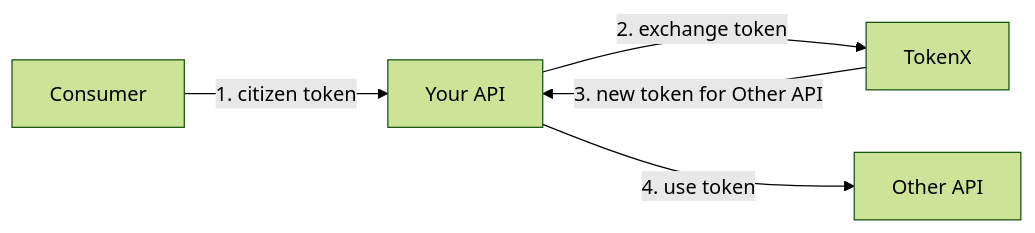
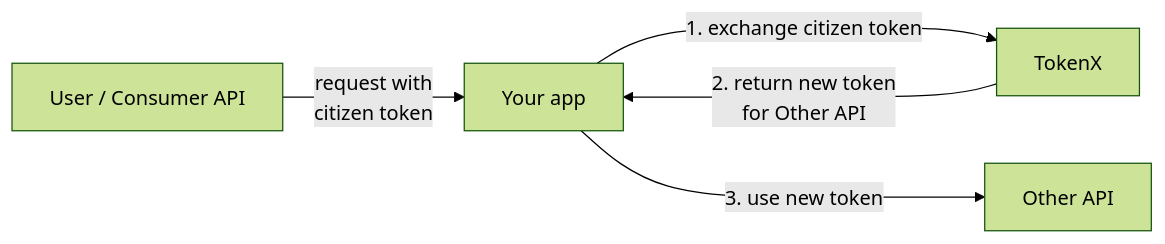
The diagram in docs/auth/tokenx/README.md (nais/doc), drawn with Mermaid (forest theme) before and after one commit. The commit also changed other lines of this file and 33 other files, not shown here.

````diff
--- a/docs/auth/tokenx/README.md
+++ b/docs/auth/tokenx/README.md
@@ -21,7 +21,7 @@
 ```mermaid
 graph LR
-  Consumer -->|1. citizen token| A
-  A["Your API"] -->|2. exchange token| TokenX
-  TokenX -->|3. new token for Other API| A
-  A -->|4. use token| O[Other API]
+  Consumer["User / Consumer API"] --"request with\ncitizen token"--> Application[Your app]
+  Application --1. exchange citizen token---> TokenX
+  TokenX --2. return new token\nfor Other API---> Application
+  Application --3. use new token---> Other["Other API"]
 ```
````
